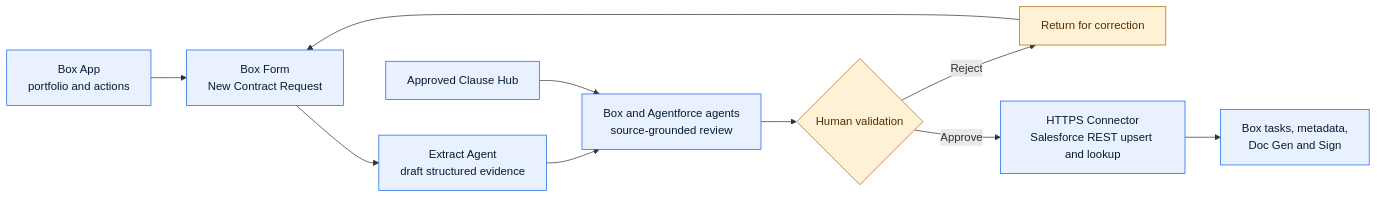
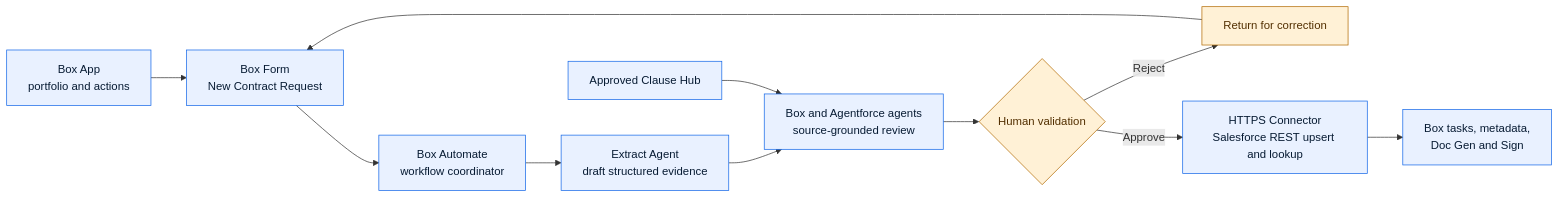
Before and after one commit to unofficialbox/box-bedrock-for-clm: the diagram in docs/diagrams/box-automate-agentic-orchestration-flow.mmd, drawn with Mermaid. The commit also changed 5 other files, not shown here.

```diff
--- a/docs/diagrams/box-automate-agentic-orchestration-flow.mmd
+++ b/docs/diagrams/box-automate-agentic-orchestration-flow.mmd
@@ -1,15 +1,16 @@
 flowchart LR
     App["Box App<br/>portfolio and actions"] --> Form["Box Form<br/>New Contract Request"]
-    Form --> Extract["Extract Agent<br/>draft structured evidence"]
+    Form --> Automate["Box Automate<br/>workflow coordinator"]
+    Automate --> Extract["Extract Agent<br/>draft structured evidence"]
     Extract --> Review["Box and Agentforce agents<br/>source-grounded review"]
     Review --> Gate{"Human validation"}
     Gate -- "Reject" --> Rework["Return for correction"]
     Rework --> Form
     Gate -- "Approve" --> Connector["HTTPS Connector<br/>Salesforce REST upsert and lookup"]
     Connector --> Tasks["Box tasks, metadata,<br/>Doc Gen and Sign"]
     Hub["Approved Clause Hub"] --> Review
 
     classDef box fill:#e9f1ff,stroke:#1166e8,color:#071b33
     classDef human fill:#fff1d6,stroke:#b16a00,color:#522f00
-    class App,Form,Extract,Review,Connector,Tasks,Hub box
+    class App,Form,Automate,Extract,Review,Connector,Tasks,Hub box
     class Gate,Rework human
```
